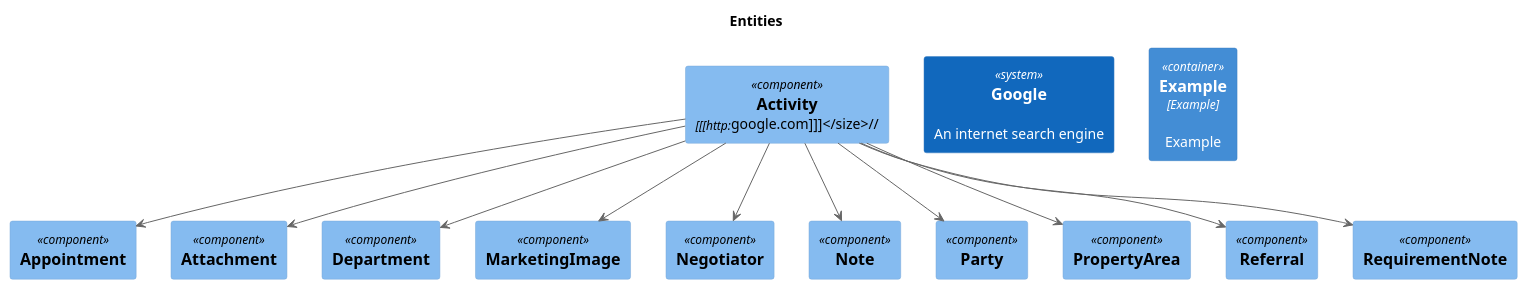
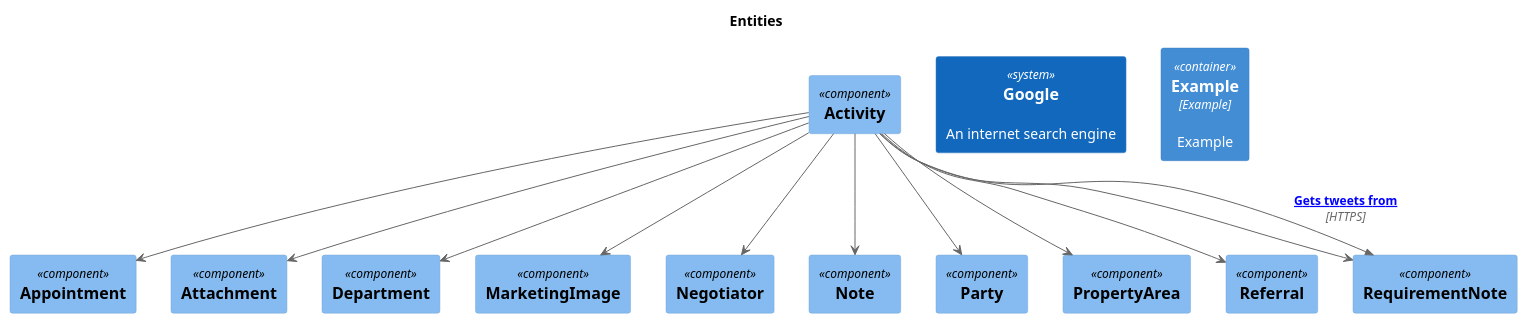
The diagram in assets/Stratergy/Database/Entities.puml (Kf-GaryNewport/Kf-GaryNewport.github.io), drawn with PlantUML before and after one commit.

```diff
--- a/assets/Stratergy/Database/Entities.puml
+++ b/assets/Stratergy/Database/Entities.puml
@@ -1,38 +1,39 @@
 @startuml
 
 title Entities 
 
 'left to right direction
 
 !includeurl https://raw.githubusercontent.com/RicardoNiepel/C4-PlantUML/master/C4_Component.puml
 
-Component( Activity, "Activity", "[[http://google.com]]") 
+Component( Activity, "Activity", "") 
 Component( Appointment, "Appointment", "") 
 Component( Attachment, "Attachment", "") 
 Component( Department, "Department", "") 
 Component( MarketingImage, "MarketingImage", "") 
 Component( Negotiator, "Negotiator", "") 
 Component( Note, "Note", "") 
 Component( Party, "Party", "") 
 Component( PropertyArea, "PropertyArea", "") 
 Component( Referral, "Referral", "") 
 Component( RequirementNote, "RequirementNote", "") 
 
 
 Activity --> Appointment
 Activity --> Attachment
 Activity --> Department
 Activity --> MarketingImage
 Activity --> Negotiator
 Activity --> Note
 Activity --> Party
 Activity --> PropertyArea
 Activity --> Referral
 Activity --> RequirementNote
 
 System(google[[https://google.com]], "Google", "An internet search engine")
 /' or '/
 Container(example, "Example", "Example", "Example") [[https://google.com]]
+Rel(Activity, RequirementNote, "Gets tweets from", "HTTPS", $link="https://plantuml.com/link")
 
 
 @enduml
```
